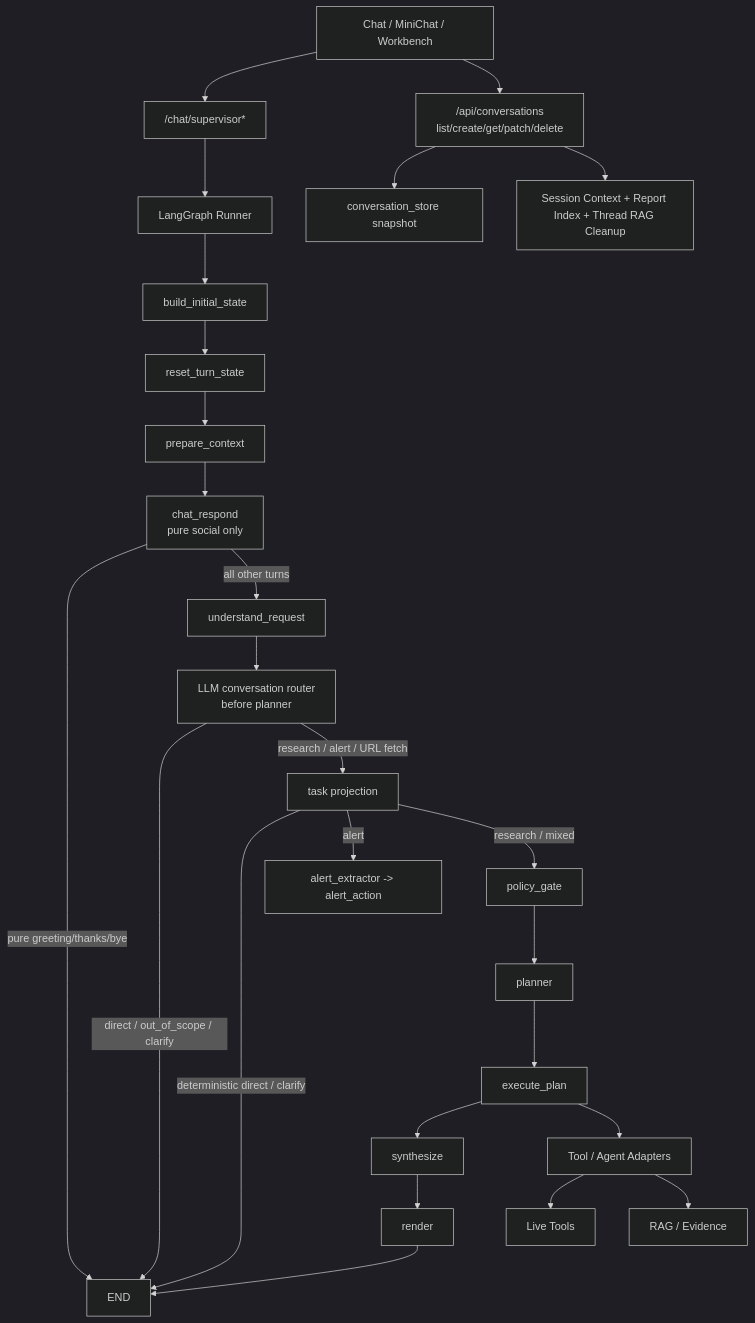
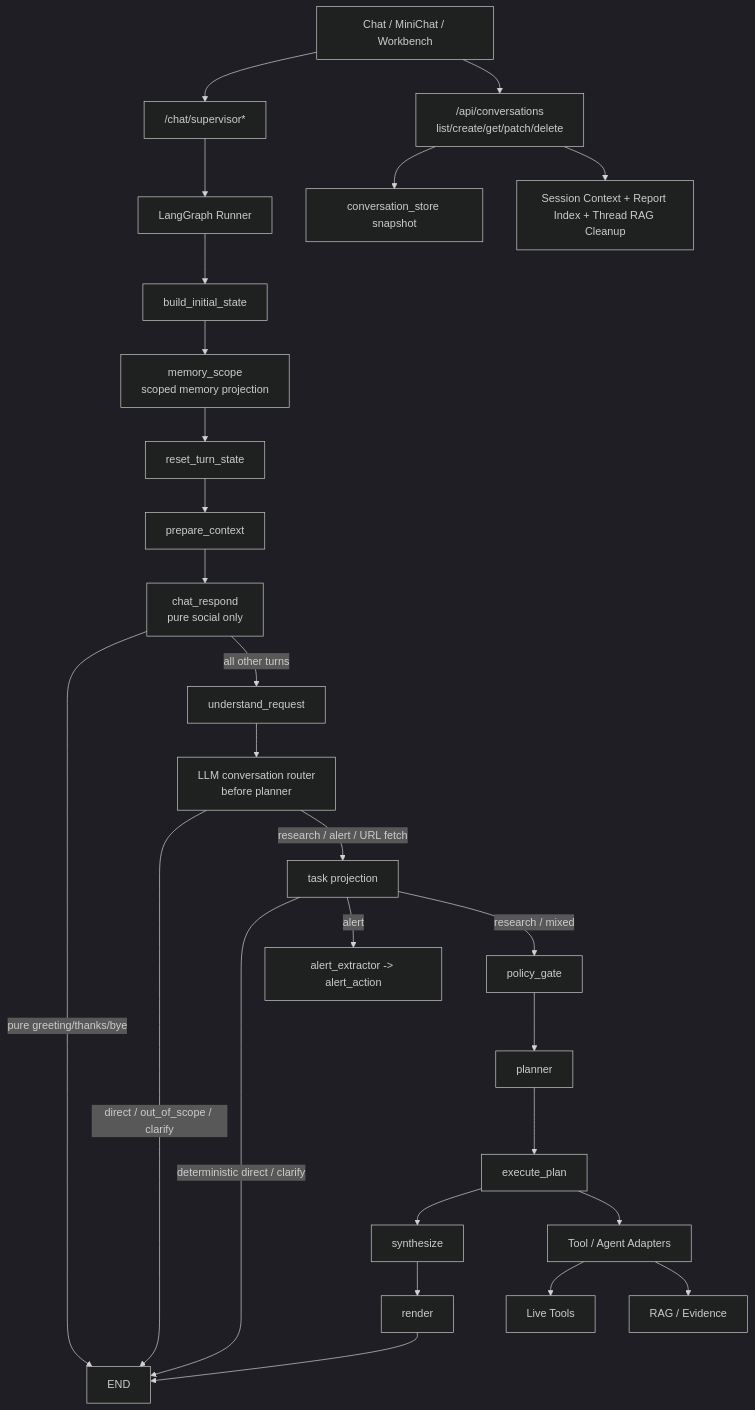
Before and after one commit to kkkano/FinSight: the first of 4 diagrams in docs/06a_LANGGRAPH_DESIGN_SPEC.md, drawn with Mermaid (dark theme). The commit also changed other lines of this file and 34 other files, not shown here.

````diff
--- a/docs/06a_LANGGRAPH_DESIGN_SPEC.md
+++ b/docs/06a_LANGGRAPH_DESIGN_SPEC.md
@@ -43,28 +44,29 @@
 ```mermaid
 flowchart TD
   UI[Chat / MiniChat / Workbench] --> CHAT["/chat/supervisor*"]
   UI --> CONV["/api/conversations<br/>list/create/get/patch/delete"]
   CHAT --> RUNNER[LangGraph Runner]
   RUNNER --> INIT[build_initial_state]
-  INIT --> RESET[reset_turn_state]
+  INIT --> MEMSCOPE[memory_scope<br/>scoped memory projection]
+  MEMSCOPE --> RESET[reset_turn_state]
   RESET --> PREPARE[prepare_context]
   PREPARE --> CHATRESP[chat_respond<br/>pure social only]
   CHATRESP -->|pure greeting/thanks/bye| ENDNODE[END]
   CHATRESP -->|all other turns| UNDERSTAND[understand_request]
   UNDERSTAND --> ROUTER[LLM conversation router<br/>before planner]
   ROUTER -->|direct / out_of_scope / clarify| ENDNODE
   ROUTER -->|research / alert / URL fetch| TASKS[task projection]
   TASKS -->|deterministic direct / clarify| ENDNODE[END]
   TASKS -->|alert| ALERT[alert_extractor -> alert_action]
   TASKS -->|research / mixed| POLICY[policy_gate]
   POLICY --> PLAN[planner]
   PLAN --> EXEC[execute_plan]
   EXEC --> SYNTH[synthesize]
   SYNTH --> RENDER[render]
   RENDER --> ENDNODE
   EXEC --> TOOLS[Tool / Agent Adapters]
   TOOLS --> LIVE[Live Tools]
   TOOLS --> RAG[RAG / Evidence]
   CONV --> SNAPSHOT[conversation_store snapshot]
   CONV --> CTX[Session Context + Report Index + Thread RAG Cleanup]
 ```
````
